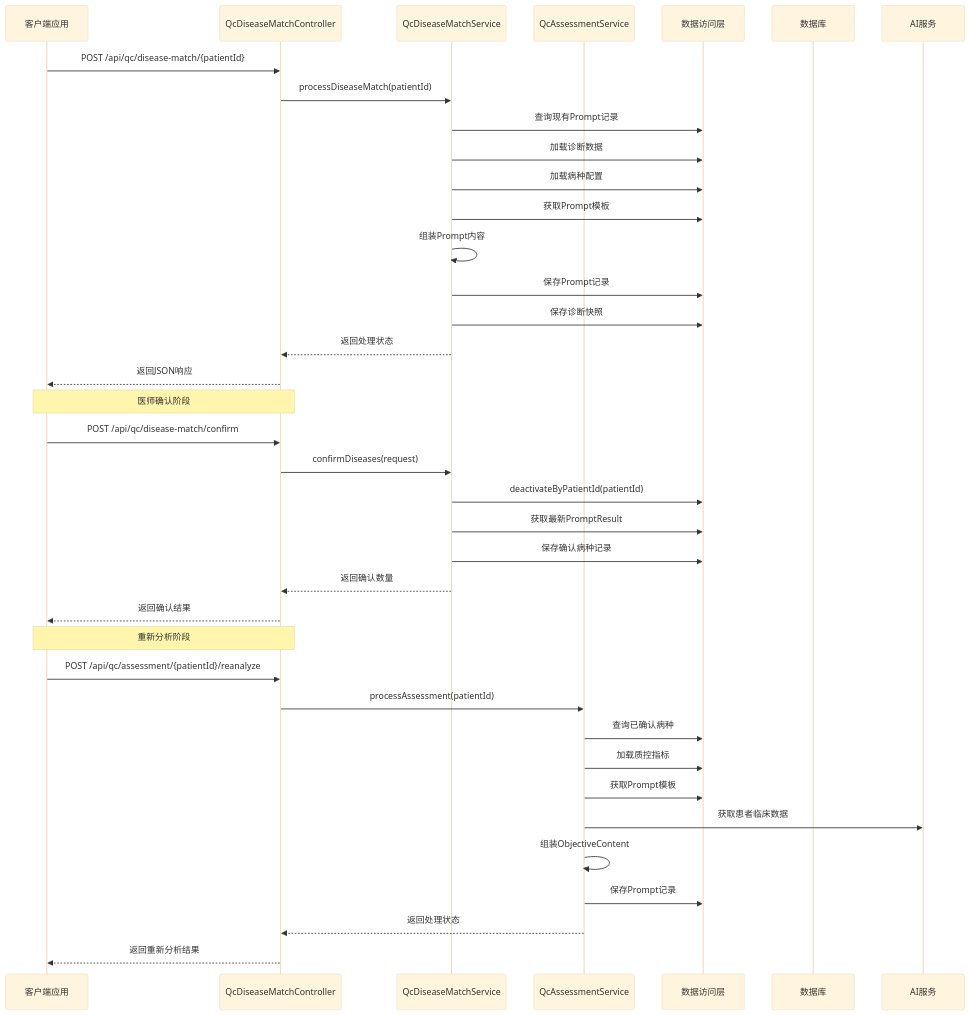
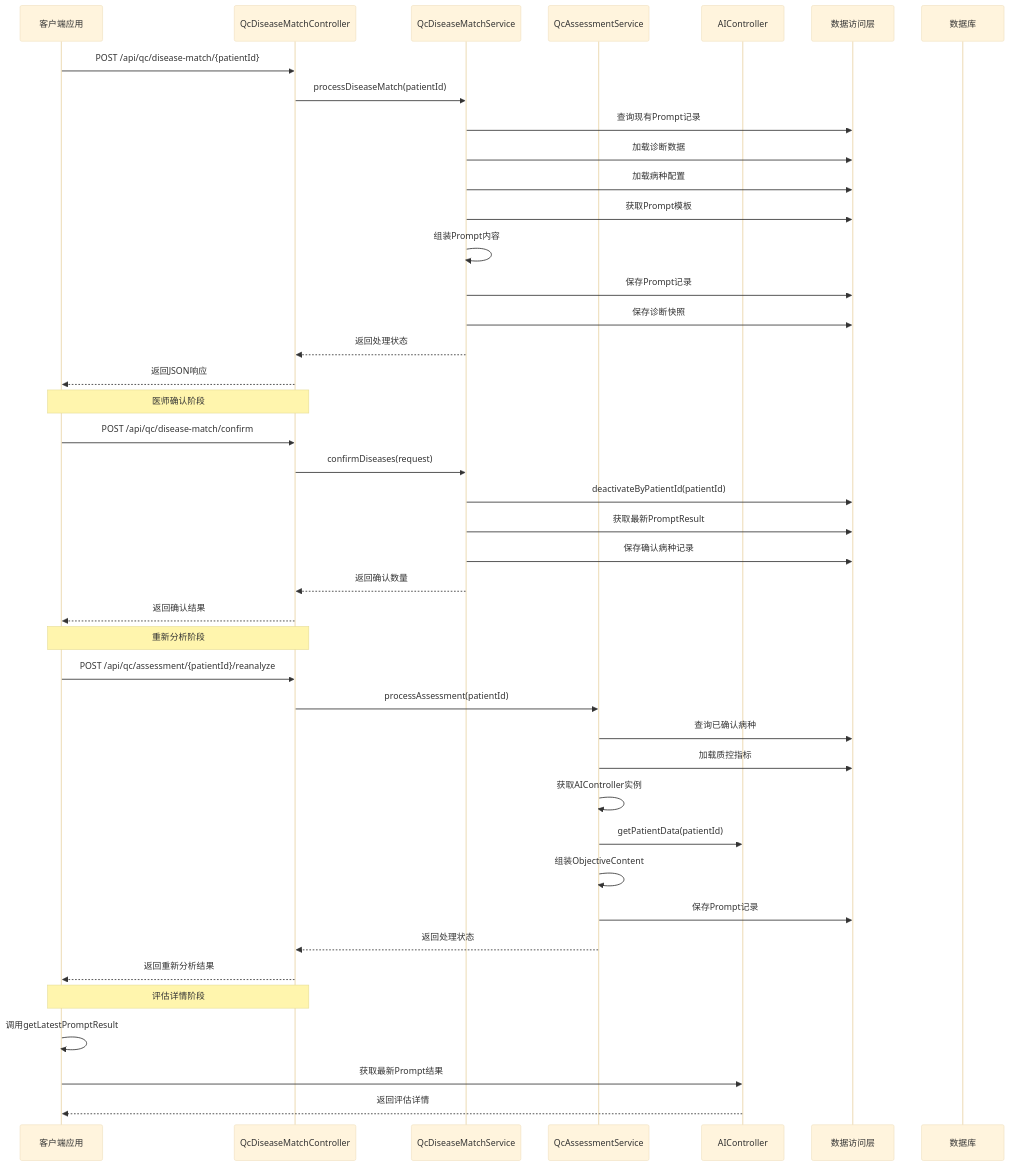
The second of 17 diagrams in .qoder/repowiki/zh/content/核心功能模块/质量控制系统.md (liuzh2008/med_ai_assistant_workspace), drawn with Mermaid (base theme) before and after one commit. The commit also changed other lines of this file and 4 other files, not shown here.

````diff
--- a/.qoder/repowiki/zh/content/核心功能模块/质量控制系统.md
+++ b/.qoder/repowiki/zh/content/核心功能模块/质量控制系统.md
@@ -151,40 +164,44 @@
 ```mermaid
 sequenceDiagram
 participant Client as 客户端应用
 participant Controller as QcDiseaseMatchController
 participant DiseaseService as QcDiseaseMatchService
 participant AssessmentService as QcAssessmentService
+participant AIController as AIController
 participant Repo as 数据访问层
 participant DB as 数据库
-participant AIServer as AI服务
 Client->>Controller : POST /api/qc/disease-match/{patientId}
 Controller->>DiseaseService : processDiseaseMatch(patientId)
 DiseaseService->>Repo : 查询现有Prompt记录
 DiseaseService->>Repo : 加载诊断数据
 DiseaseService->>Repo : 加载病种配置
 DiseaseService->>Repo : 获取Prompt模板
 DiseaseService->>DiseaseService : 组装Prompt内容
 DiseaseService->>Repo : 保存Prompt记录
 DiseaseService->>Repo : 保存诊断快照
 DiseaseService-->>Controller : 返回处理状态
 Controller-->>Client : 返回JSON响应
 Note over Client,Controller : 医师确认阶段
 Client->>Controller : POST /api/qc/disease-match/confirm
 Controller->>DiseaseService : confirmDiseases(request)
 DiseaseService->>Repo : deactivateByPatientId(patientId)
 DiseaseService->>Repo : 获取最新PromptResult
 DiseaseService->>Repo : 保存确认病种记录
 DiseaseService-->>Controller : 返回确认数量
 Controller-->>Client : 返回确认结果
 Note over Client,Controller : 重新分析阶段
 Client->>Controller : POST /api/qc/assessment/{patientId}/reanalyze
 Controller->>AssessmentService : processAssessment(patientId)
 AssessmentService->>Repo : 查询已确认病种
 AssessmentService->>Repo : 加载质控指标
-AssessmentService->>Repo : 获取Prompt模板
-AssessmentService->>AIServer : 获取患者临床数据
+AssessmentService->>AssessmentService : 获取AIController实例
+AssessmentService->>AIController : getPatientData(patientId)
 AssessmentService->>AssessmentService : 组装ObjectiveContent
 AssessmentService->>Repo : 保存Prompt记录
 AssessmentService-->>Controller : 返回处理状态
 Controller-->>Client : 返回重新分析结果
+Note over Client,Controller : 评估详情阶段
+Client->>Client : 调用getLatestPromptResult
+Client->>AIController : 获取最新Prompt结果
+AIController-->>Client : 返回评估详情
 ```
````
